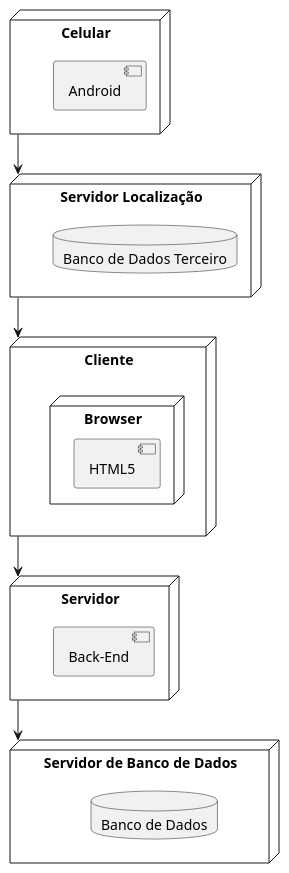
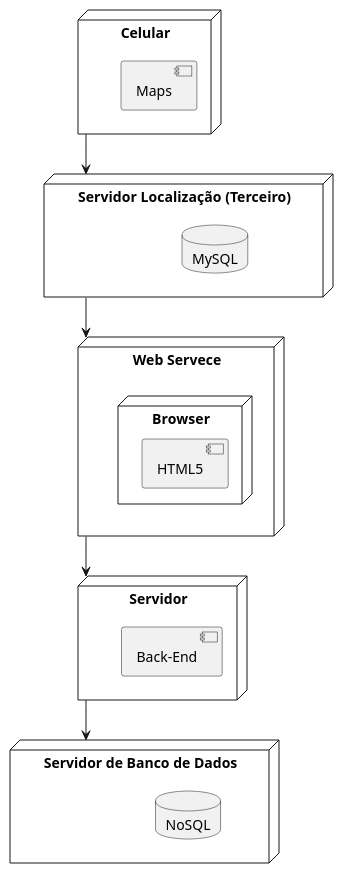
Before and after one commit to RafaelRF99/documentacao-devsfreela: the diagram in scriptsDiagrams/implementacao.wsd, drawn with PlantUML. The commit also changed 7 other files, not shown here.

```diff
--- a/scriptsDiagrams/implementacao.wsd
+++ b/scriptsDiagrams/implementacao.wsd
@@ -1,31 +1,31 @@
 @startuml
 
-node "Cliente" {
+node "Web Servece" {
     node "Browser" {
-         component "HTML5"
-      }
+        component "HTML5"
+    }
 }
 
 node "Servidor" {
     component "Back-End"
 }
 
 node "Servidor de Banco de Dados" {
-    database "Banco de Dados"
+    database "NoSQL"
 }
 
 node "Celular" {
-    component "Android"
+    component "Maps"
 }
 
-node "Servidor Localização" {
-    database "Banco de Dados Terceiro"
+node "Servidor Localização (Terceiro)" {
+    database "MySQL"
 }
 
-"Cliente" --> "Servidor"
+"Web Servece" --> "Servidor"
 "Servidor" --> "Servidor de Banco de Dados"
 
-"Celular" --> "Servidor Localização"
-"Servidor Localização" --> "Cliente"
+"Celular" --> "Servidor Localização (Terceiro)"
+"Servidor Localização (Terceiro)" --> "Web Servece"
 
 @enduml
```
